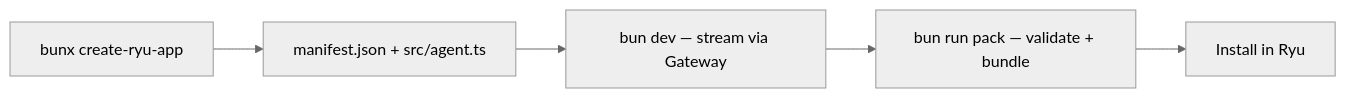
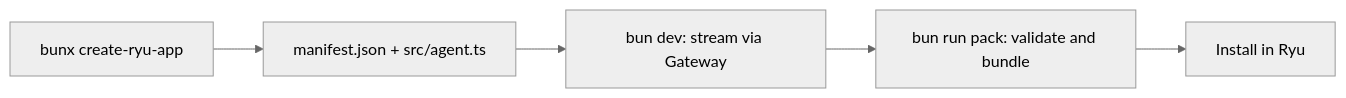
Before and after one commit to amajorai/ryu-docs: the diagram in content/docs/extend/develop/quickstart.mdx, drawn with Mermaid (neutral theme). The commit also changed other lines of this file and 2538 other files, not shown here.

````diff
--- a/content/docs/extend/develop/quickstart.mdx
+++ b/content/docs/extend/develop/quickstart.mdx
@@ -26,7 +26,7 @@
 ```mermaid
 flowchart LR
   A[bunx create-ryu-app] --> B[manifest.json + src/agent.ts]
-  B --> C[bun dev — stream via Gateway]
-  C --> D[bun run pack — validate + bundle]
+  B --> C[bun dev: stream via Gateway]
+  C --> D[bun run pack: validate and bundle]
   D --> E[Install in Ryu]
 ```
````
